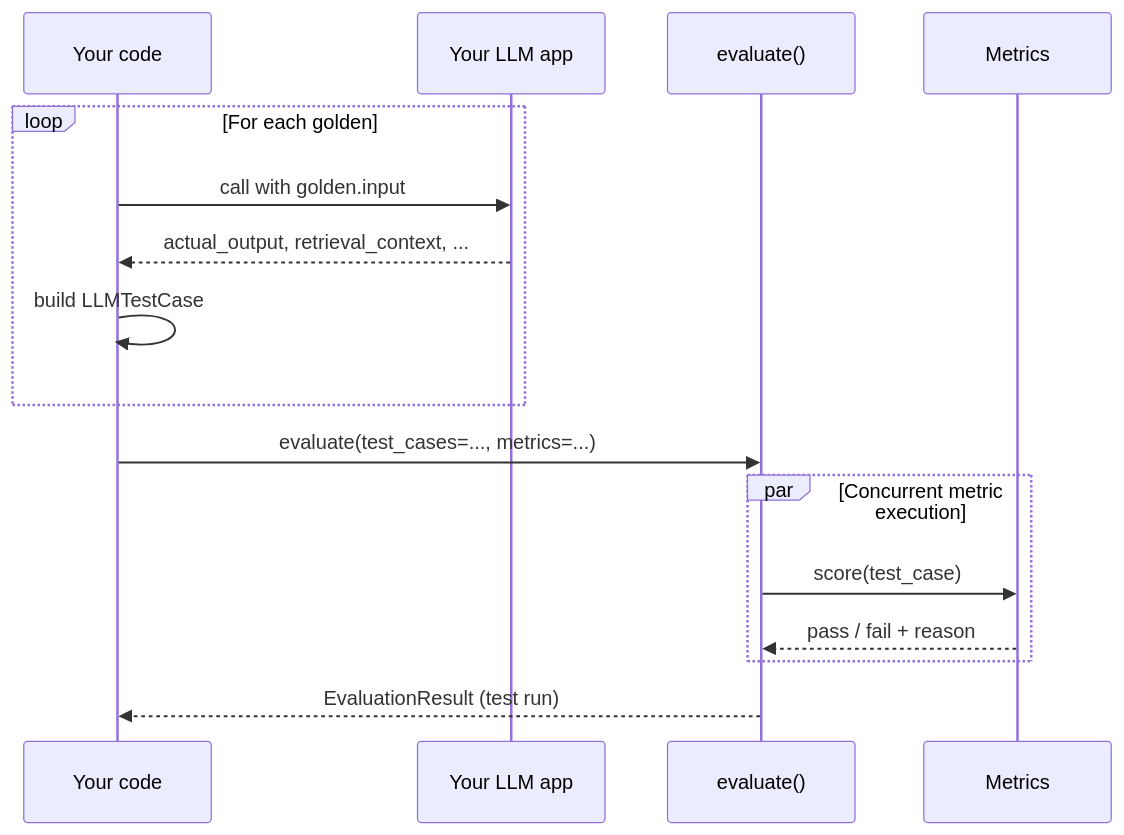
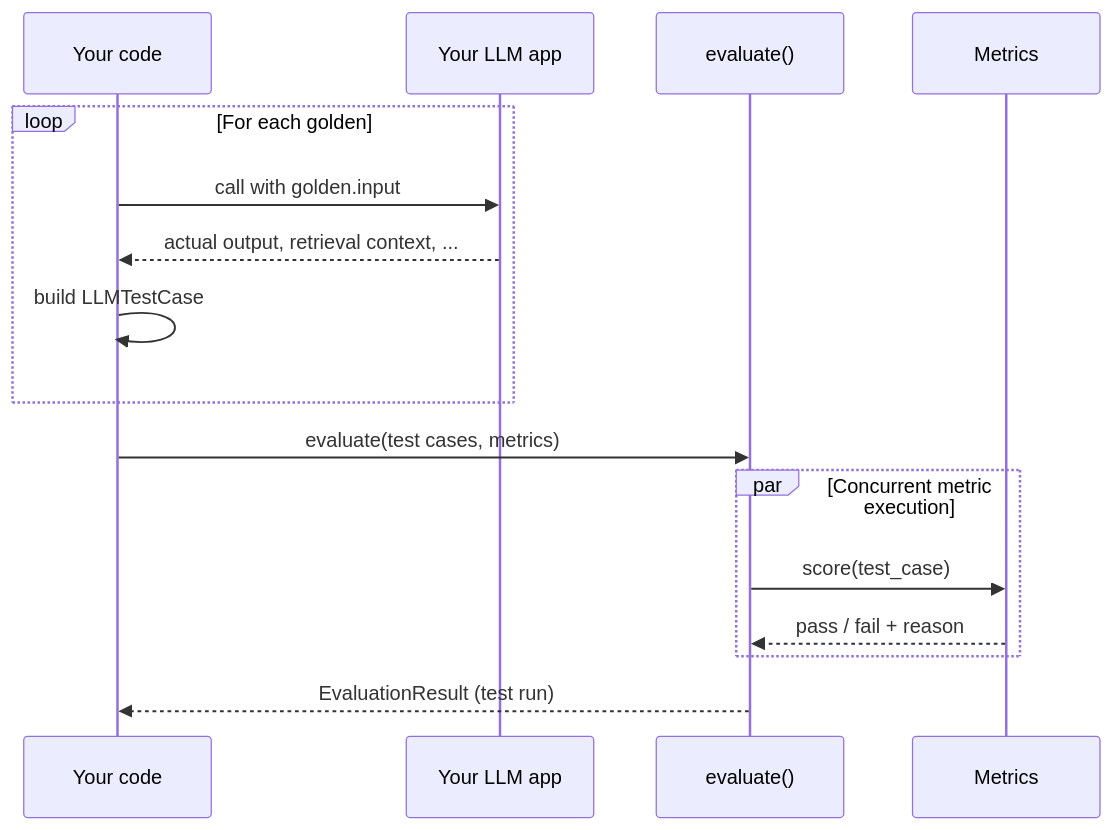
The second of 2 diagrams in docs/content/docs/evaluation-end-to-end-single-turn.mdx (confident-ai/deepeval), drawn with Mermaid before and after one commit. The commit also changed other lines of this file and 16 other files, not shown here.

````diff
--- a/docs/content/docs/evaluation-end-to-end-single-turn.mdx
+++ b/docs/content/docs/evaluation-end-to-end-single-turn.mdx
@@ -113,19 +139,19 @@
 ```mermaid
 sequenceDiagram
     participant User as Your code
     participant App as Your LLM app
     participant Eval as evaluate()
     participant M as Metrics
 
     loop For each golden
         User->>App: call with golden.input
-        App-->>User: actual_output, retrieval_context, ...
+        App-->>User: actual output, retrieval context, ...
         User->>User: build LLMTestCase
     end
-    User->>Eval: evaluate(test_cases=..., metrics=...)
+    User->>Eval: evaluate(test cases, metrics)
     par Concurrent metric execution
         Eval->>M: score(test_case)
         M-->>Eval: pass / fail + reason
     end
     Eval-->>User: EvaluationResult (test run)
 ```
````
